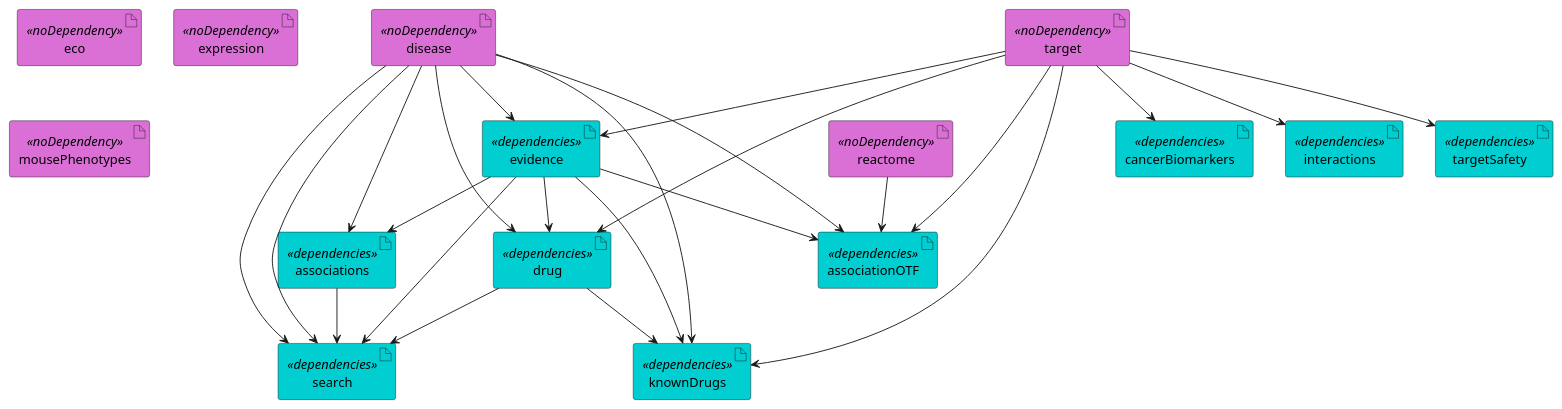
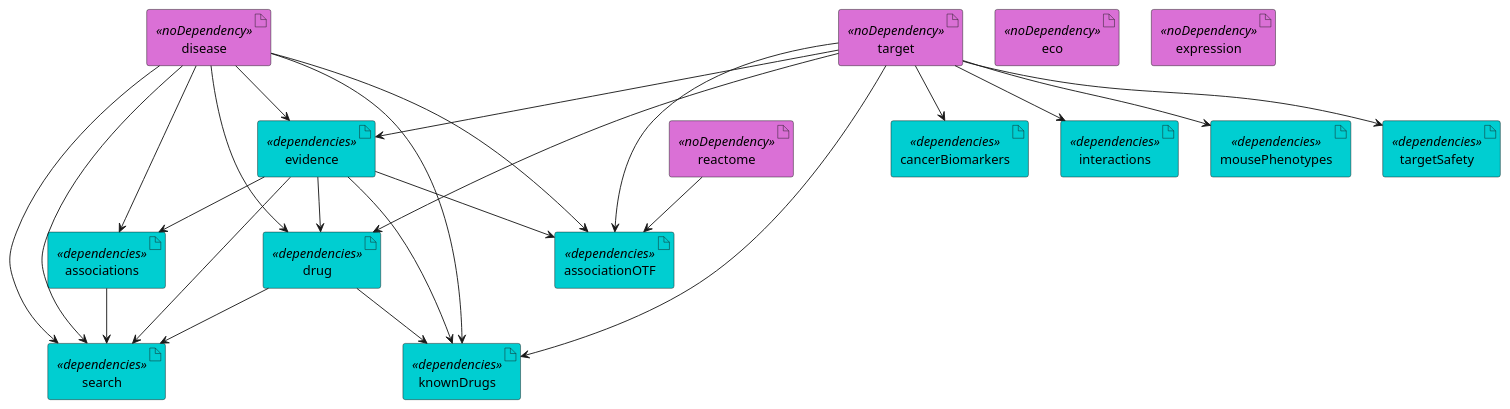
The diagram in documentation/etl_current.puml (opentargets/platform-etl-backend), drawn with PlantUML before and after one commit. The commit also changed 8 other files, not shown here.

First line of the commit message:
Mouse phenotypes rewrite (data pipeline deprecation) (#151)

```diff
--- a/documentation/etl_current.puml
+++ b/documentation/etl_current.puml
@@ -1,58 +1,60 @@
 @startuml
 skinparam interface {
     backgroundColor<<input>> darkblue
     backgroundColor<<output>> cyan
 }
 skinparam artifact {
      backgroundColor<<noDependency>> orchid
      backgroundColor<<dependencies>> darkturquoise
  }
 ' steps
 artifact associations <<dependencies>>
 artifact associationOTF <<dependencies>>
 artifact cancerBiomarkers <<dependencies>>
 artifact disease <<noDependency>>
 artifact drug <<dependencies>>
 artifact eco <<noDependency>>
 artifact evidence <<dependencies>>
 artifact expression <<noDependency>>
 artifact interactions <<dependencies>>
 artifact knownDrugs <<dependencies>>
-artifact mousePhenotypes <<noDependency>>
+artifact mousePhenotypes <<dependencies>>
 artifact reactome <<noDependency>>
 artifact search <<dependencies>>
 artifact target <<noDependency>>
 artifact targetSafety <<dependencies>>
 
 target --> targetSafety
 
 evidence --> associations
 disease --> associations
 
 reactome --> associationOTF
 evidence --> associationOTF
 disease --> associationOTF
 target --> associationOTF
 
 target --> cancerBiomarkers
+
+target --> mousePhenotypes
 
 target --> drug
 disease --> drug
 evidence --> drug
 target --> evidence
 disease --> evidence
 
 evidence --> knownDrugs
 disease --> knownDrugs
 target --> knownDrugs
 drug --> knownDrugs
 
 evidence --> search
 disease --> search
 disease --> search
 drug --> search
 associations --> search
 
 target --> interactions
 
 @enduml
```
